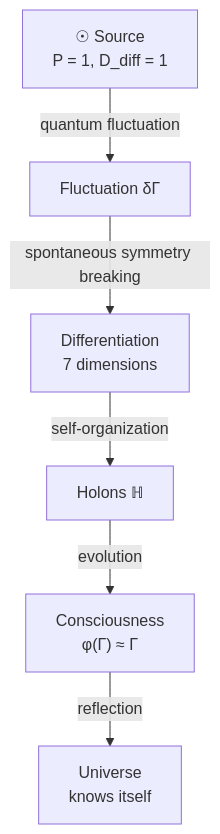
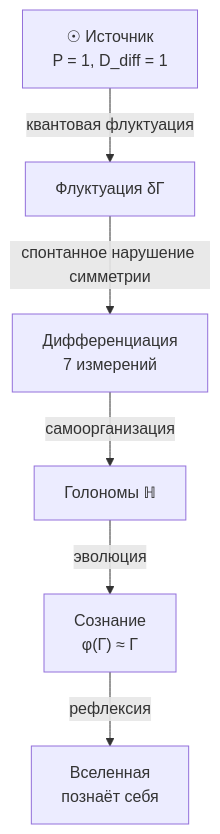
One commit to gst-st/uhm changed the second of 2 diagrams in website/docs/physics/cosmology-phys/origin.md. Above: the diagram before and after it, drawn with Mermaid. The commit also changed other lines of this file and 79 other files, not shown here.

````diff
--- a/website/docs/physics/cosmology-phys/origin.md
+++ b/website/docs/physics/cosmology-phys/origin.md
@@ -236,15 +205,15 @@
 ```mermaid
 graph TD
-    S["☉ Source<br/>P = 1, D_diff = 1"]
-    F["Fluctuation δΓ"]
-    DIM["Differentiation<br/>7 dimensions"]
-    G["Holons ℍ"]
-    C["Consciousness<br/>φ#40;Γ#41; ≈ Γ"]
-    U["Universe<br/>knows itself"]
+    S["☉ Источник<br/>P = 1, D_diff = 1"]
+    F["Флуктуация δΓ"]
+    DIM["Дифференциация<br/>7 измерений"]
+    G["Голономы ℍ"]
+    C["Сознание<br/>φ#40;Γ#41; ≈ Γ"]
+    U["Вселенная<br/>познаёт себя"]
 
-    S --> |"quantum fluctuation"| F
-    F --> |"spontaneous symmetry breaking"| DIM
-    DIM --> |"self-organization"| G
-    G --> |"evolution"| C
-    C --> |"reflection"| U
+    S --> |"квантовая флуктуация"| F
+    F --> |"спонтанное нарушение симметрии"| DIM
+    DIM --> |"самоорганизация"| G
+    G --> |"эволюция"| C
+    C --> |"рефлексия"| U
 ```
````
